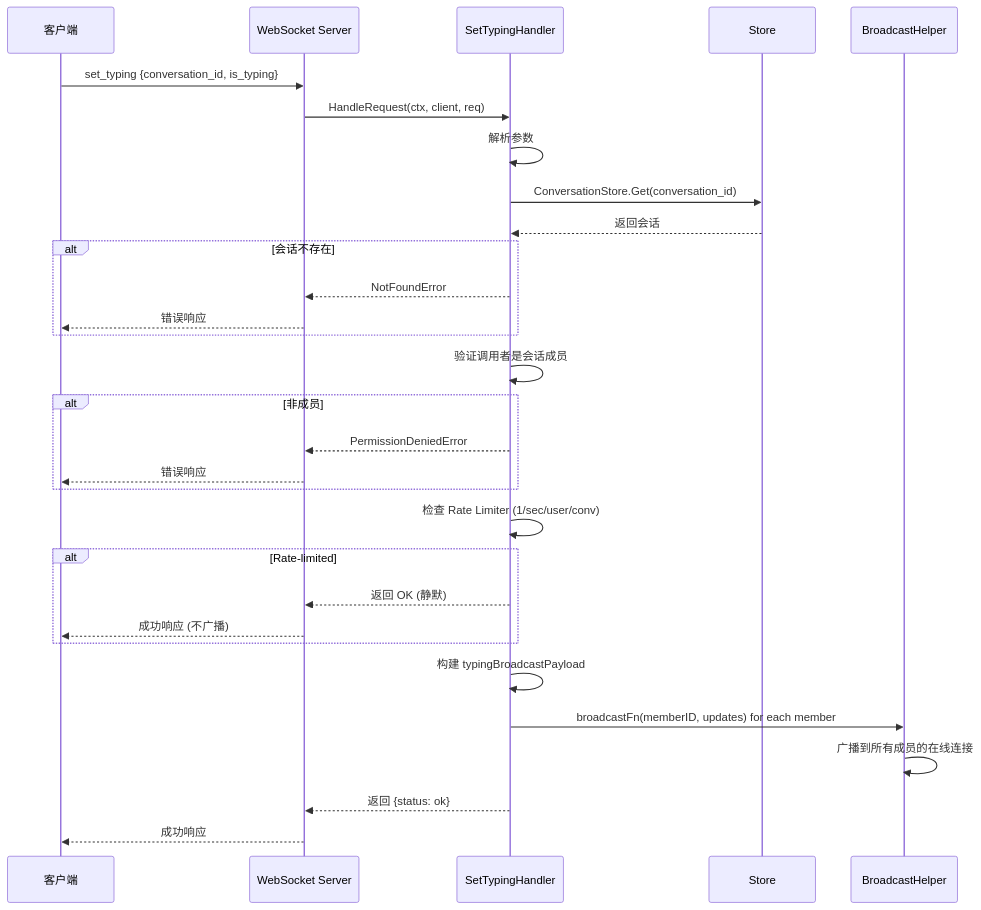
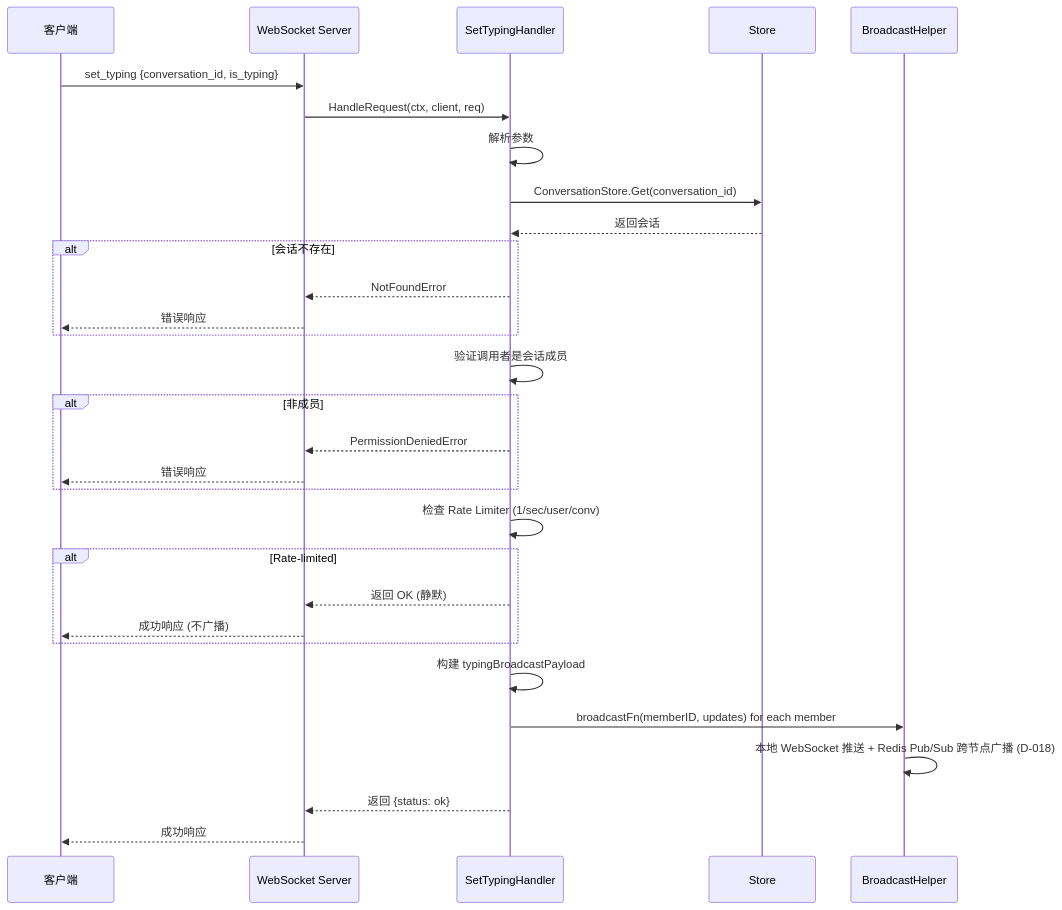
Before and after one commit to PineappleBond/xyncra-server: the first of 6 diagrams in wiki/flows/set-typing.md, drawn with Mermaid. The commit also changed other lines of this file and 16 other files, not shown here.

First line of the commit message:
docs(wiki): comprehensive review and fix of all flow documents

````diff
--- a/wiki/flows/set-typing.md
+++ b/wiki/flows/set-typing.md
@@ -38,41 +39,41 @@
 ```mermaid
 sequenceDiagram
     participant C as 客户端
     participant WS as WebSocket Server
     participant H as SetTypingHandler
     participant S as Store
     participant B as BroadcastHelper
 
     C->>WS: set_typing {conversation_id, is_typing}
     WS->>H: HandleRequest(ctx, client, req)
 
     H->>H: 解析参数
     H->>S: ConversationStore.Get(conversation_id)
     S-->>H: 返回会话
 
     alt 会话不存在
         H-->>WS: NotFoundError
         WS-->>C: 错误响应
     end
 
     H->>H: 验证调用者是会话成员
 
     alt 非成员
         H-->>WS: PermissionDeniedError
         WS-->>C: 错误响应
     end
 
     H->>H: 检查 Rate Limiter (1/sec/user/conv)
 
     alt Rate-limited
         H-->>WS: 返回 OK (静默)
         WS-->>C: 成功响应 (不广播)
     end
 
     H->>H: 构建 typingBroadcastPayload
     H->>B: broadcastFn(memberID, updates) for each member
-    B->>B: 广播到所有成员的在线连接
+    B->>B: 本地 WebSocket 推送 + Redis Pub/Sub 跨节点广播 (D-018)
 
     H-->>WS: 返回 {status: ok}
     WS-->>C: 成功响应
 ```
````
